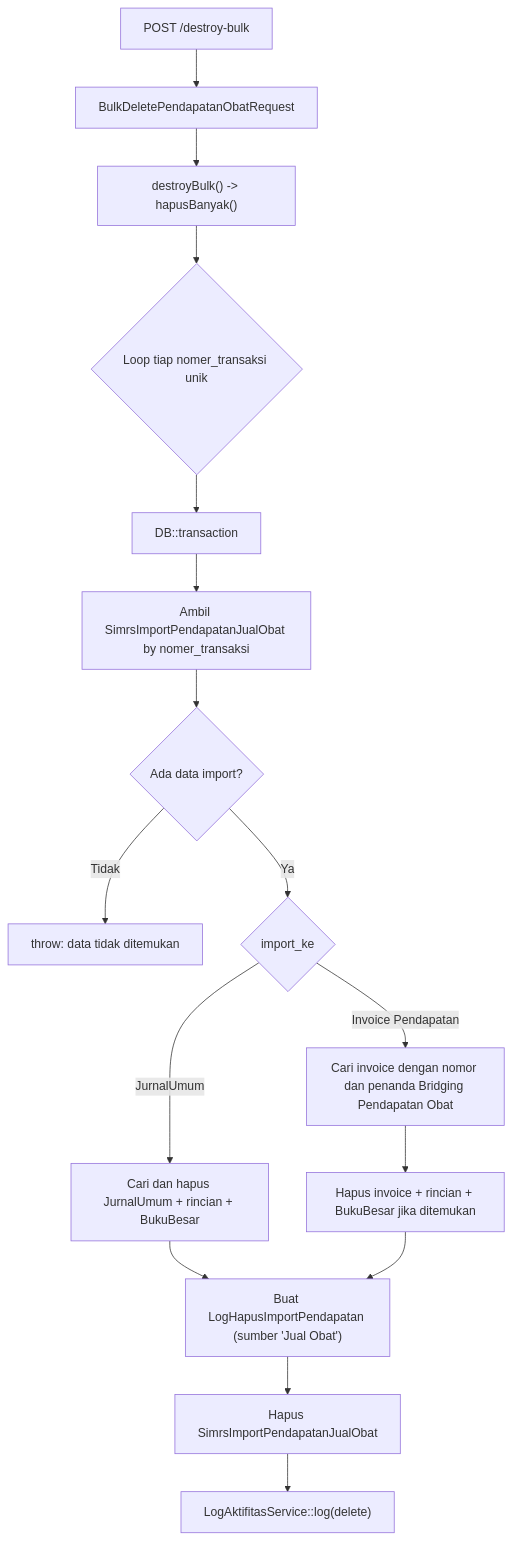
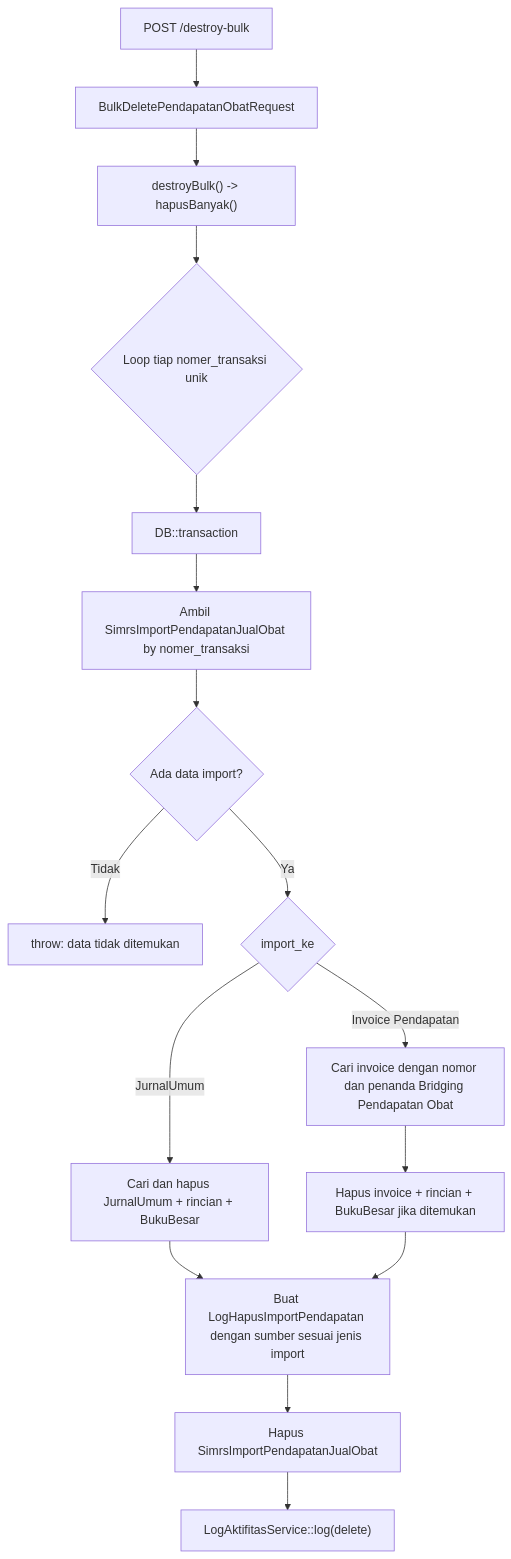
One commit to AltamaSidoarjo/laravel-siakurat-pt-smt changed the third of 4 diagrams in dokumentasi/bridging-pendapatan-obat.md. Above: the diagram before and after it, drawn with Mermaid. The commit also changed other lines of this file and 7 other files, not shown here.

````diff
--- a/dokumentasi/bridging-pendapatan-obat.md
+++ b/dokumentasi/bridging-pendapatan-obat.md
@@ -135,18 +140,18 @@
 ```mermaid
 flowchart TD
     A["POST /destroy-bulk"] --> B["BulkDeletePendapatanObatRequest"]
     B --> C["destroyBulk() -> hapusBanyak()"]
     C --> D{"Loop tiap nomer_transaksi unik"}
     D --> E["DB::transaction"]
     E --> F["Ambil SimrsImportPendapatanJualObat by nomer_transaksi"]
     F --> G{"Ada data import?"}
     G -- Tidak --> H["throw: data tidak ditemukan"]
     G -- Ya --> I{"import_ke"}
     I -- JurnalUmum --> J["Cari dan hapus JurnalUmum + rincian + BukuBesar"]
     I -- Invoice Pendapatan --> K["Cari invoice dengan nomor dan penanda Bridging Pendapatan Obat"]
     K --> L["Hapus invoice + rincian + BukuBesar jika ditemukan"]
-    J --> M["Buat LogHapusImportPendapatan (sumber 'Jual Obat')"]
+    J --> M["Buat LogHapusImportPendapatan dengan sumber sesuai jenis import"]
     L --> M
     M --> N["Hapus SimrsImportPendapatanJualObat"]
     N --> O["LogAktifitasService::log(delete)"]
 ```
````
